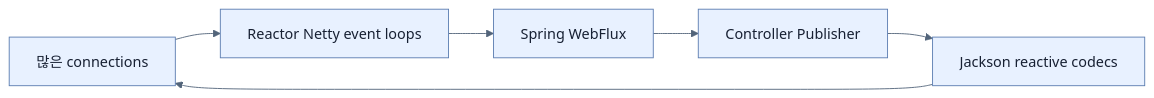
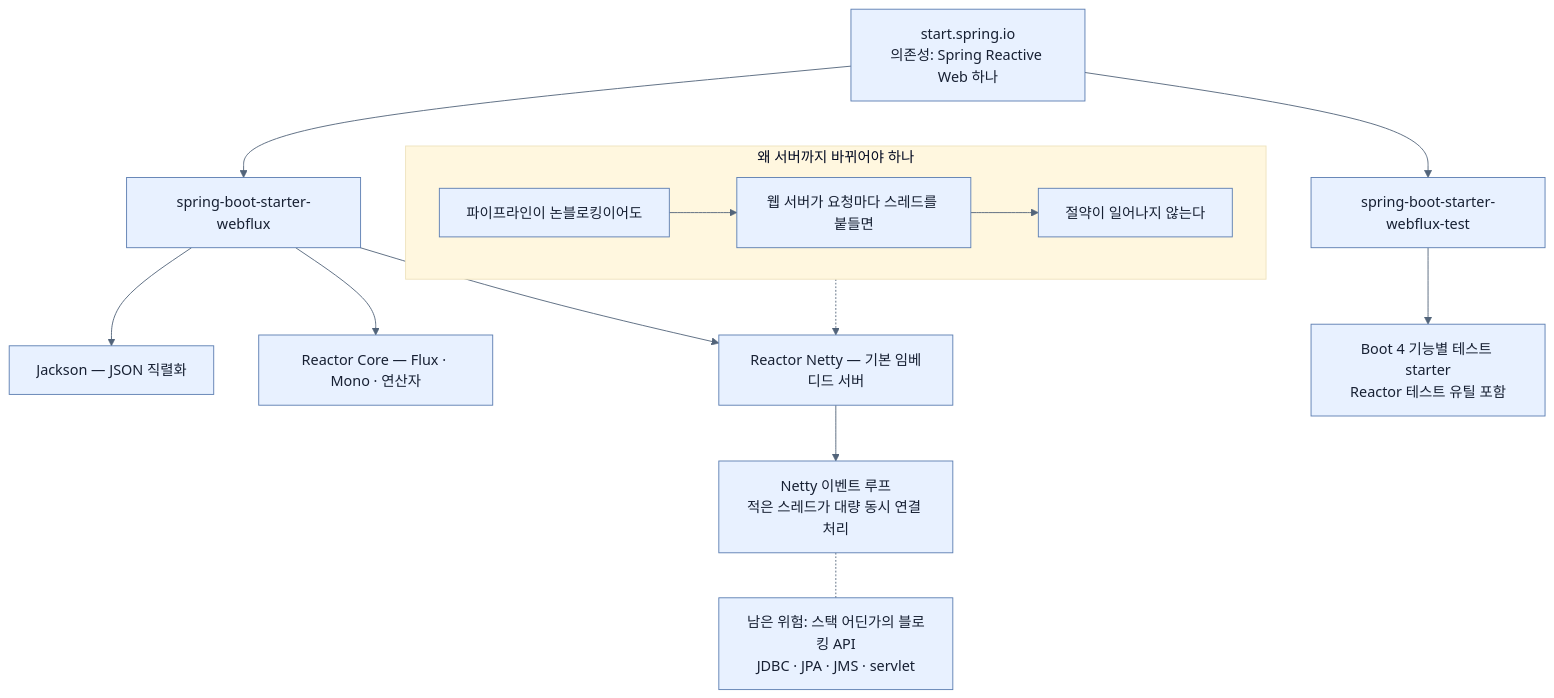
One commit to sing-u8/Learning_Spring_Boot_4 changed the diagram in spring-boot-4-pdf-notes/part-4-scaling-an-application-with-spring-boot/chapter-9-writing-reactive-web-controllers/02-creating-a-webflux-application.md. Above: the diagram before and after it, drawn with Mermaid. The commit also changed other lines of this file and 253 other files, not shown here.

````diff
--- a/spring-boot-4-pdf-notes/part-4-scaling-an-application-with-spring-boot/chapter-9-writing-reactive-web-controllers/02-creating-a-webflux-application.md
+++ b/spring-boot-4-pdf-notes/part-4-scaling-an-application-with-spring-boot/chapter-9-writing-reactive-web-controllers/02-creating-a-webflux-application.md
@@ -28,9 +77,26 @@
 ```mermaid
 %%{init: {'theme': 'base', 'themeVariables': {'background': '#ffffff', 'primaryColor': '#e8f1ff', 'primaryTextColor': '#172033', 'primaryBorderColor': '#5b7db1', 'lineColor': '#52647a', 'secondaryColor': '#f7fbff', 'tertiaryColor': '#fff7df'}}}%%
-flowchart LR
-    C[많은 connections] --> N[Reactor Netty event loops]
-    N --> W[Spring WebFlux]
-    W --> P[Controller Publisher]
-    P --> J[Jackson reactive codecs]
-    J --> C
+flowchart TB
+    PICK["start.spring.io<br/>의존성: Spring Reactive Web 하나"]
+
+    PICK --> D1["spring-boot-starter-webflux"]
+    PICK --> D2["spring-boot-starter-webflux-test"]
+
+    D1 --> J["Jackson — JSON 직렬화"]
+    D1 --> R["Reactor Core — Flux · Mono · 연산자"]
+    D1 --> N["Reactor Netty — 기본 임베디드 서버"]
+    D2 --> T["Boot 4 기능별 테스트 starter<br/>Reactor 테스트 유틸 포함"]
+
+    subgraph WHY["왜 서버까지 바뀌어야 하나"]
+        W1["파이프라인이 논블로킹이어도"]
+        W2["웹 서버가 요청마다 스레드를 붙들면"]
+        W3["절약이 일어나지 않는다"]
+        W1 --> W2 --> W3
+    end
+
+    N --> EL["Netty 이벤트 루프<br/>적은 스레드가 대량 동시 연결 처리"]
+    WHY -.-> N
+
+    RISK["남은 위험: 스택 어딘가의 블로킹 API<br/>JDBC · JPA · JMS · servlet"]
+    EL -.- RISK
 ```
````
